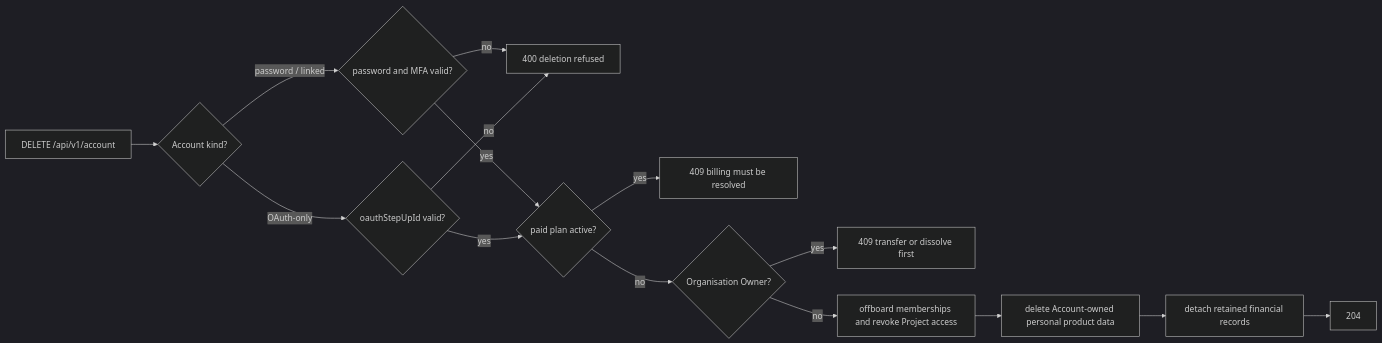
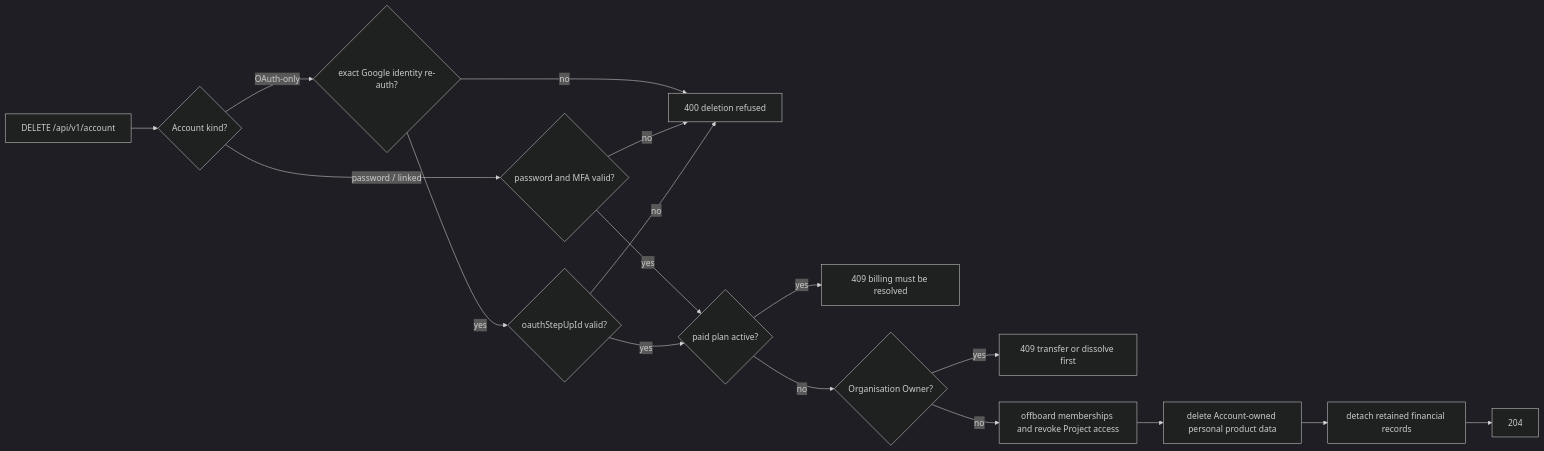
Before and after one commit to cognos-io/chat.cognos.io: the diagram in docs/business_processes/account-delete.md, drawn with Mermaid (dark theme). The commit also changed other lines of this file and 58 other files, not shown here.

First line of the commit message:
feat(auth): harden google oauth journeys

````diff
--- a/docs/business_processes/account-delete.md
+++ b/docs/business_processes/account-delete.md
@@ -34,17 +46,19 @@
 ```mermaid
 flowchart LR
   A[DELETE /api/v1/account] --> K{Account kind?}
   K -- password / linked --> S{password and MFA valid?}
-  K -- OAuth-only --> G{oauthStepUpId valid?}
+  K -- OAuth-only --> I{exact Google identity re-auth?}
+  I -- no --> R[400 deletion refused]
+  I -- yes --> G{oauthStepUpId valid?}
   S -- no --> R[400 deletion refused]
   G -- no --> R
   S -- yes --> B{paid plan active?}
   G -- yes --> B
   B -- yes --> C[409 billing must be resolved]
   B -- no --> O{Organisation Owner?}
   O -- yes --> T[409 transfer or dissolve first]
   O -- no --> M[offboard memberships and revoke Project access]
   M --> D[delete Account-owned personal product data]
   D --> E[detach retained financial records]
   E --> F[204]
 ```
````
